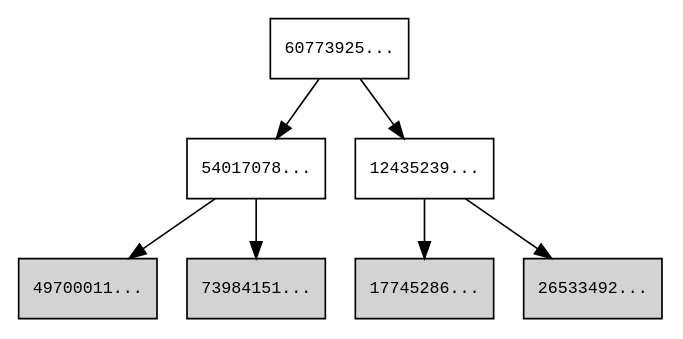
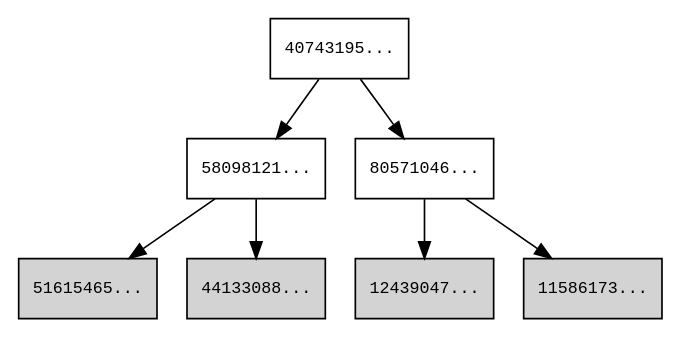
Before and after one commit to praveensankar/Prevoke: the diagram in merkleTree.gv, drawn with Graphviz. The commit also changed 50 other files, not shown here.

```diff
--- a/merkleTree.gv
+++ b/merkleTree.gv
@@ -1,10 +1,10 @@
 digraph hierarchy {
 node [fontname=Monospace,fontsize=10,shape=box]
-"60773925..." -> {"54017078..." "12435239..."}
-"54017078..." -> {"49700011..." "73984151..."}
-"49700011..." [style=filled];
-"73984151..." [style=filled];
-"12435239..." -> {"17745286..." "26533492..."}
-"17745286..." [style=filled];
-"26533492..." [style=filled];
+"40743195..." -> {"58098121..." "80571046..."}
+"58098121..." -> {"51615465..." "44133088..."}
+"51615465..." [style=filled];
+"44133088..." [style=filled];
+"80571046..." -> {"12439047..." "11586173..."}
+"12439047..." [style=filled];
+"11586173..." [style=filled];
 }
```
